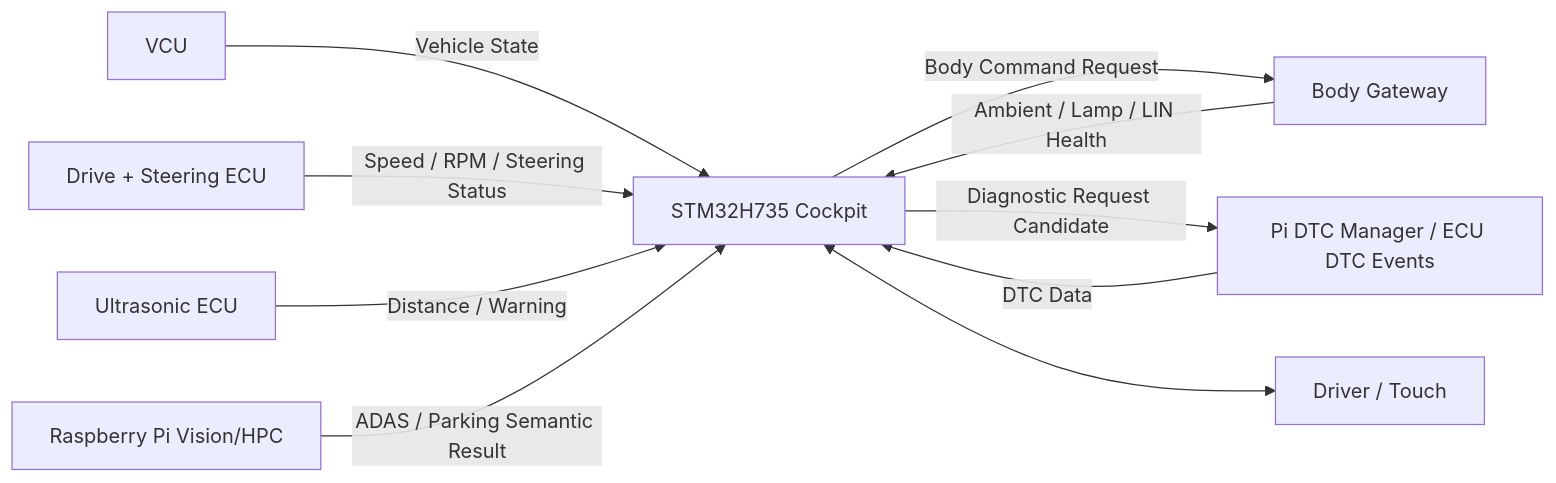
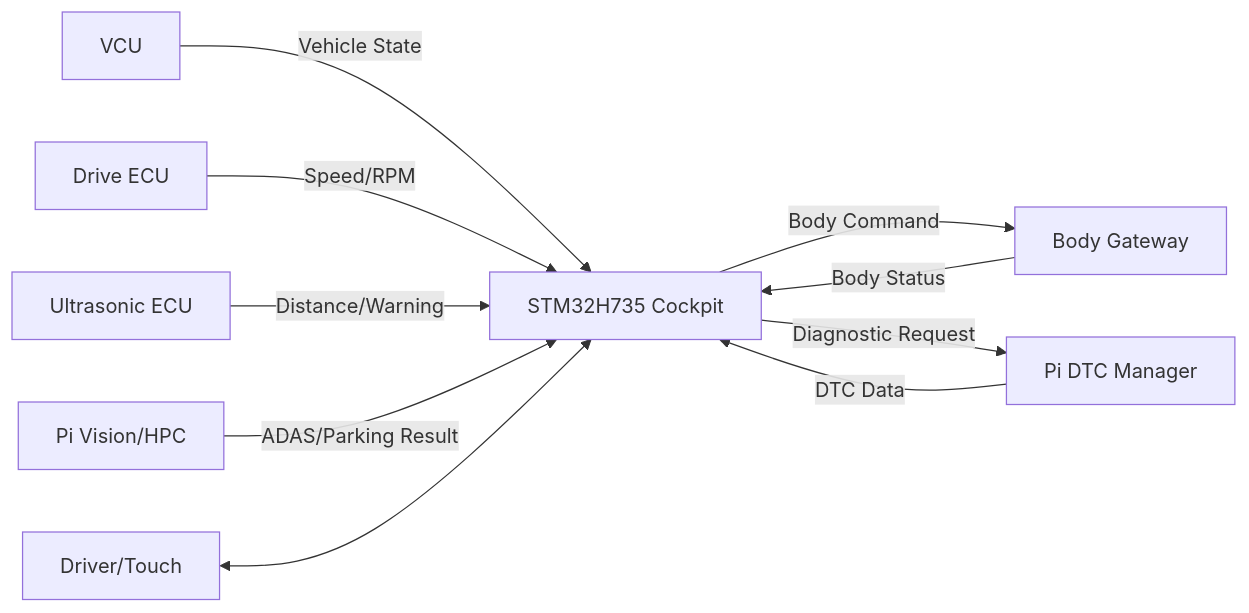
One commit to sunmaan22/SDV_MCU_Project changed the first of 6 diagrams in docs/IVI/ARCHITECTURE.md. Above: the diagram before and after it, drawn with Mermaid. The commit also changed other lines of this file and 10 other files, not shown here.

Commit message:
docs: apply FreeRTOS architecture policy across active documentation

````diff
--- a/docs/IVI/ARCHITECTURE.md
+++ b/docs/IVI/ARCHITECTURE.md
@@ -93,13 +100,12 @@
 ```mermaid
 flowchart LR
     VCU[VCU] -->|Vehicle State| HMI[STM32H735 Cockpit]
-    DRIVE[Drive + Steering ECU] -->|Speed / RPM / Steering Status| HMI
-    US[Ultrasonic ECU] -->|Distance / Warning| HMI
-    HPC[Raspberry Pi Vision/HPC] -->|ADAS / Parking Semantic Result| HMI
-    BODY[Body Gateway] -->|Ambient / Lamp / LIN Health| HMI
-    DTC[Pi DTC Manager / ECU DTC Events] -->|DTC Data| HMI
-
-    HMI -->|Body Command Request| BODY
-    HMI -->|Diagnostic Request Candidate| DTC
-    HMI <--> DRIVER[Driver / Touch]
+    DRIVE[Drive ECU] -->|Speed/RPM| HMI
+    US[Ultrasonic ECU] -->|Distance/Warning| HMI
+    HPC[Pi Vision/HPC] -->|ADAS/Parking Result| HMI
+    BODY[Body Gateway] -->|Body Status| HMI
+    DTC[Pi DTC Manager] -->|DTC Data| HMI
+    HMI -->|Body Command| BODY
+    HMI -->|Diagnostic Request| DTC
+    DRIVER[Driver/Touch] <--> HMI
 ```
````
